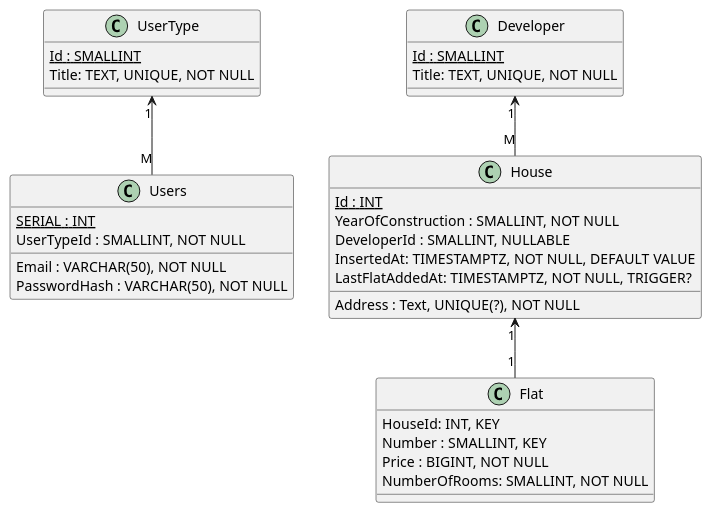
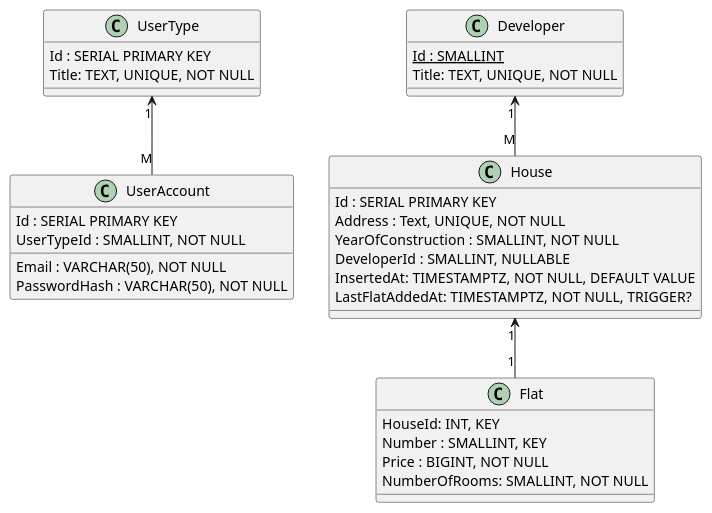
The diagram in docs/Database Scheme.plantuml (SacrumImp/avito-api-project), drawn with PlantUML before and after one commit. The commit also changed 2 other files, not shown here.

```diff
--- a/docs/Database Scheme.plantuml
+++ b/docs/Database Scheme.plantuml
@@ -1,41 +1,41 @@
 @startuml Avito Service Task
 
-class Users {
-    {static} SERIAL : INT
+class UserAccount {
+    Id : SERIAL PRIMARY KEY
     Email : VARCHAR(50), NOT NULL
     PasswordHash : VARCHAR(50), NOT NULL
     UserTypeId : SMALLINT, NOT NULL
 }
 
 class UserType {
-    {static} Id : SMALLINT
+    Id : SERIAL PRIMARY KEY
     Title: TEXT, UNIQUE, NOT NULL
 }
 
 class House {
-    {static} Id : INT
-    Address : Text, UNIQUE(?), NOT NULL
+    Id : SERIAL PRIMARY KEY
+    Address : Text, UNIQUE, NOT NULL
     YearOfConstruction : SMALLINT, NOT NULL
     DeveloperId : SMALLINT, NULLABLE
     InsertedAt: TIMESTAMPTZ, NOT NULL, DEFAULT VALUE
     LastFlatAddedAt: TIMESTAMPTZ, NOT NULL, TRIGGER?
 }
 
 class Developer {
     {static} Id : SMALLINT 
     Title: TEXT, UNIQUE, NOT NULL
 }
 
 'Для квартиры ключ должен быть составным, по HouseId и Number. При этом поиск по HouseId должен быть быстрым
 class Flat {
     HouseId: INT, KEY
     Number : SMALLINT, KEY
     Price : BIGINT, NOT NULL
     NumberOfRooms: SMALLINT, NOT NULL
 }
 
-UserType "1" <-- "M" Users 
+UserType "1" <-- "M" UserAccount 
 Developer "1" <-- "M" House 
 House "1" <-- "1" Flat 
 
 @enduml
```
